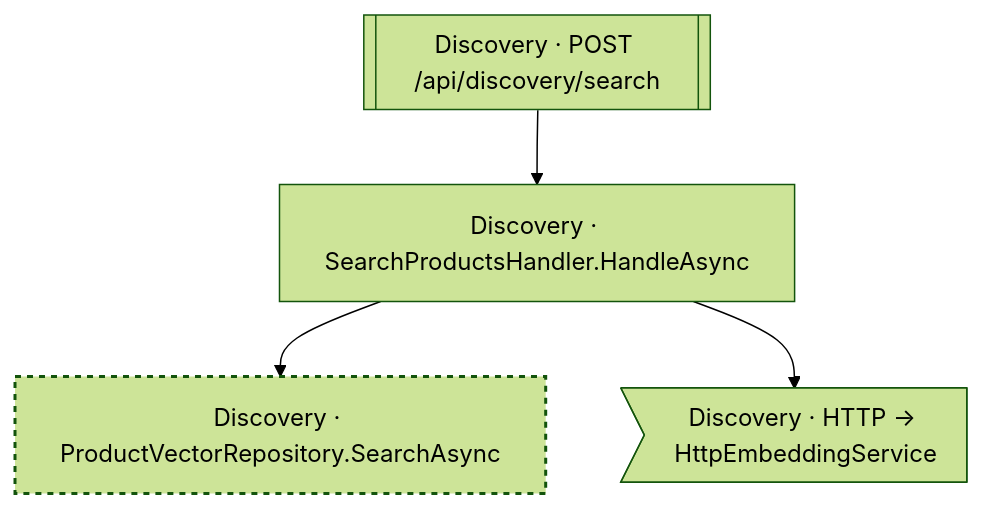
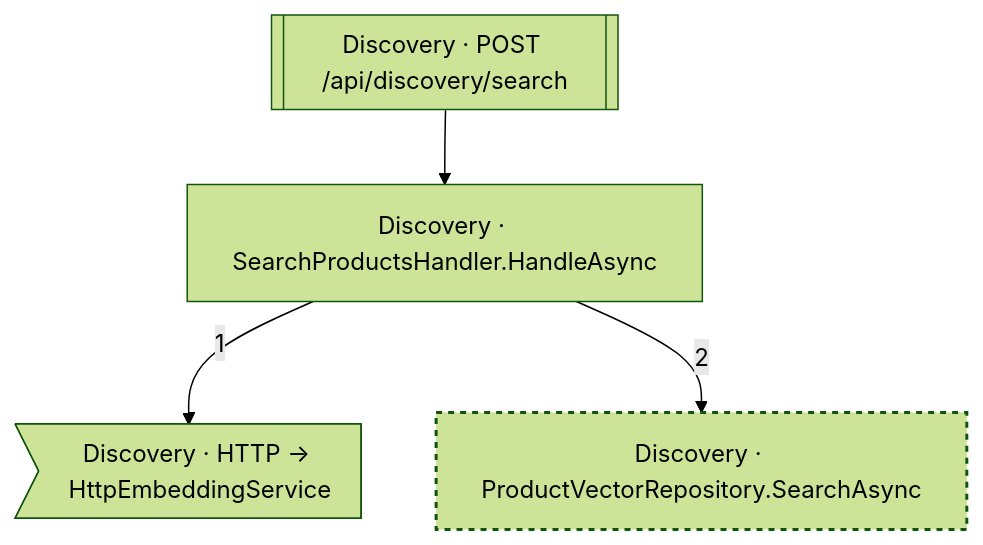
One commit to onurnafiguzel/FlowLens changed the diagram in out/flows/post-api-discovery-search.md. Above: the diagram before and after it, drawn with Mermaid (forest theme). The commit also changed other lines of this file and 28 other files, not shown here.

Commit message:
feat(graph): record call sites on CALLS edges and feat(docs): order sibling edges by source position, number call sites and docs: regenerate site with source-ordered flow diagrams

````diff
--- a/out/flows/post-api-discovery-search.md
+++ b/out/flows/post-api-discovery-search.md
@@ -7,14 +7,14 @@
 ```mermaid
 flowchart TD
   n0["Discovery · SearchProductsHandler.HandleAsync"]
   n1["Discovery · ProductVectorRepository.SearchAsync"]
   n2[["Discovery · POST /api/discovery/search"]]
   n3>"Discovery · HTTP -&gt; HttpEmbeddingService"]
 
-  n0 --> n1
-  n0 --> n3
+  n0 -->|"1"| n3
+  n0 -->|"2"| n1
   n2 --> n0
 
   classDef unseen stroke-dasharray: 4 4,stroke-width:2px
   class n1 unseen
 ```
````
